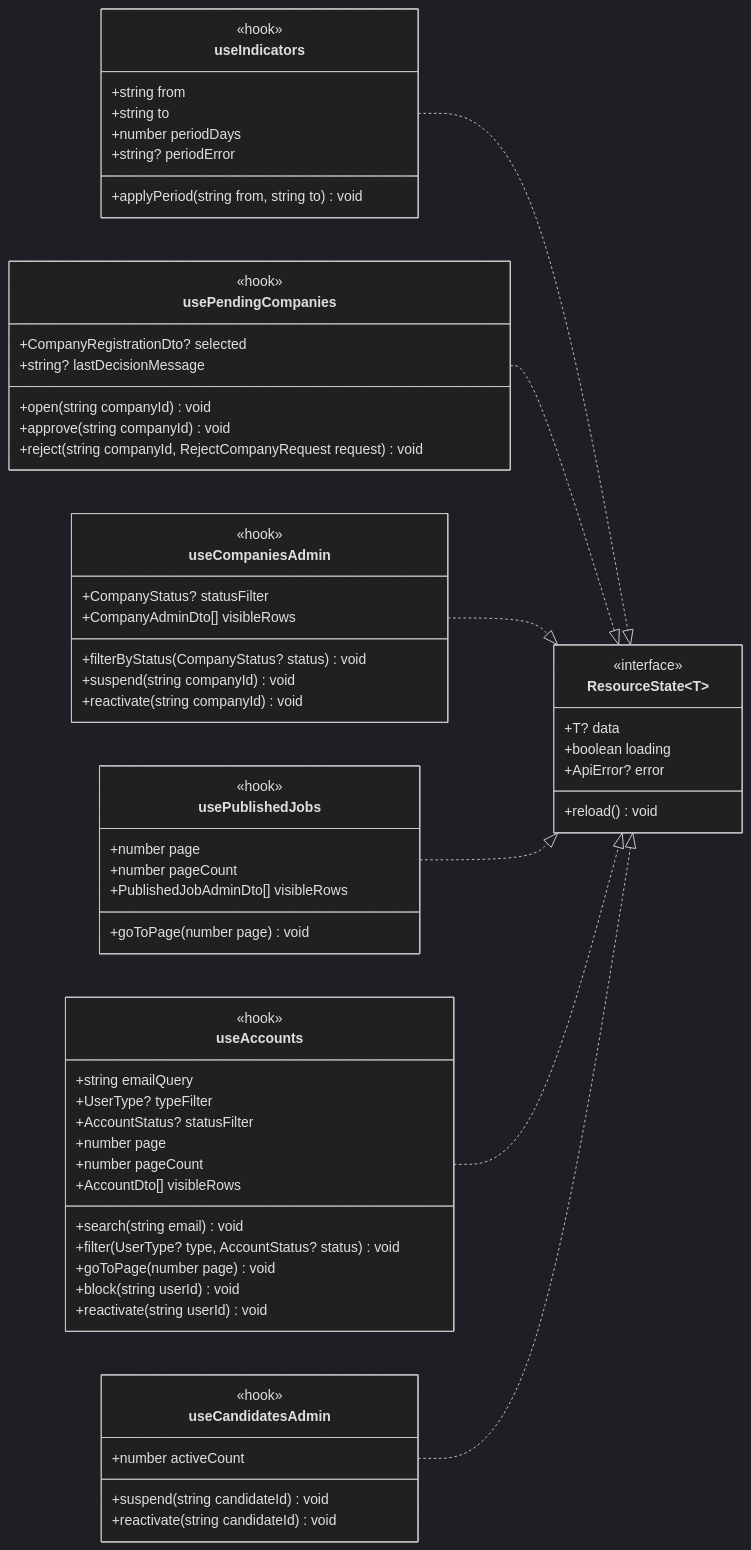
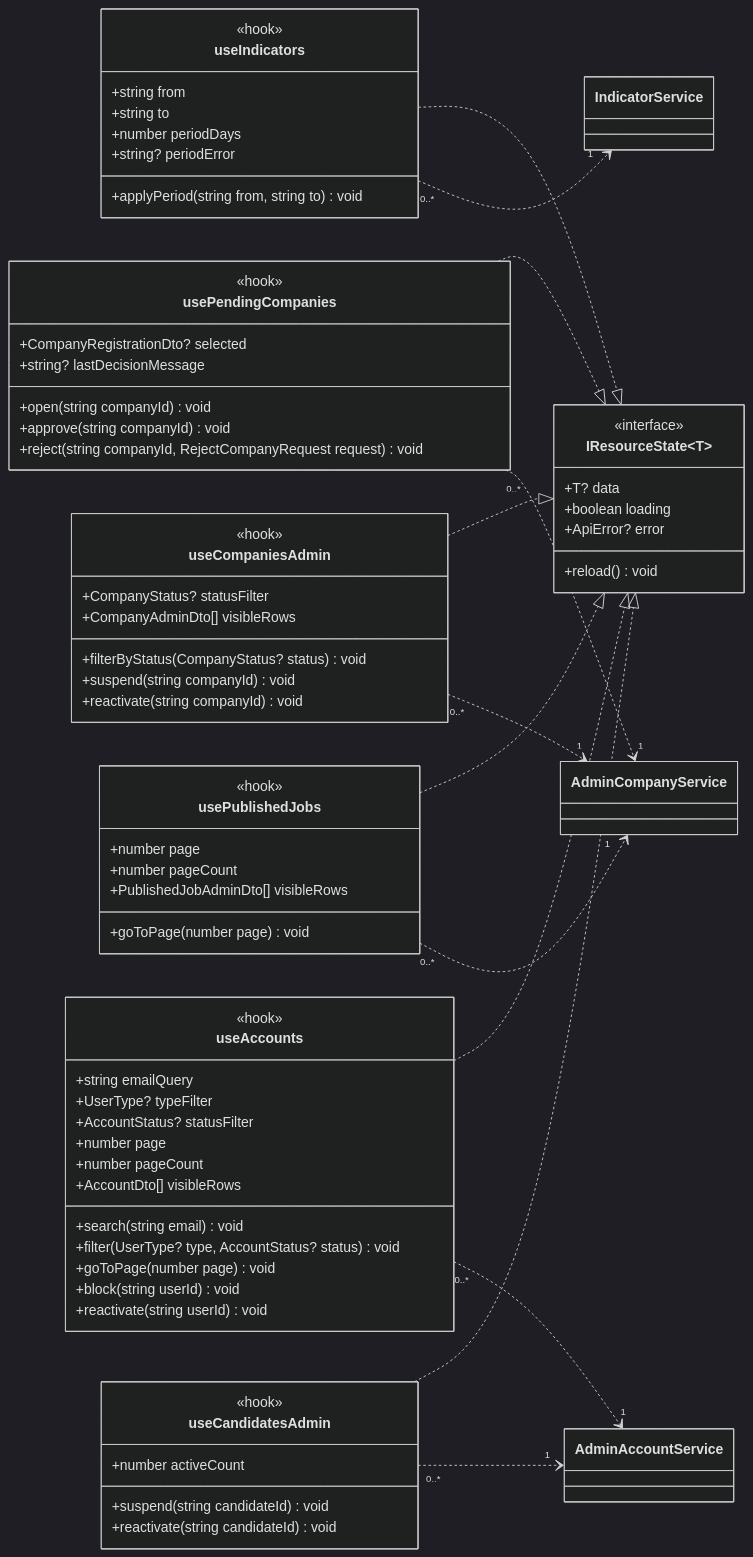
One commit to katch-lds/katch-docs changed diagram 22 of 23 in 04-artefactos-tecnicos/04.07-modelos-de-classes/m2-modelo-classes-frontend-web-v01.md. Above: the diagram before and after it, drawn with Mermaid (dark theme). The commit also changed other lines of this file, not shown here.

````diff
--- a/04-artefactos-tecnicos/04.07-modelos-de-classes/m2-modelo-classes-frontend-web-v01.md
+++ b/04-artefactos-tecnicos/04.07-modelos-de-classes/m2-modelo-classes-frontend-web-v01.md
@@ -1541,68 +1893,77 @@
 ```mermaid
 classDiagram
     direction LR
-    class ResourceState~T~ {
+    class IResourceState~T~ {
         <<interface>>
         +T? data
         +boolean loading
         +ApiError? error
         +reload() void
     }
     class useIndicators {
         <<hook>>
         +string from
         +string to
         +number periodDays
         +string? periodError
         +applyPeriod(string from, string to) void
     }
     class usePendingCompanies {
         <<hook>>
         +CompanyRegistrationDto? selected
         +string? lastDecisionMessage
         +open(string companyId) void
         +approve(string companyId) void
         +reject(string companyId, RejectCompanyRequest request) void
     }
     class useCompaniesAdmin {
         <<hook>>
         +CompanyStatus? statusFilter
         +CompanyAdminDto[] visibleRows
         +filterByStatus(CompanyStatus? status) void
         +suspend(string companyId) void
         +reactivate(string companyId) void
     }
     class usePublishedJobs {
         <<hook>>
         +number page
         +number pageCount
         +PublishedJobAdminDto[] visibleRows
         +goToPage(number page) void
     }
     class useAccounts {
         <<hook>>
         +string emailQuery
         +UserType? typeFilter
         +AccountStatus? statusFilter
         +number page
         +number pageCount
         +AccountDto[] visibleRows
         +search(string email) void
         +filter(UserType? type, AccountStatus? status) void
         +goToPage(number page) void
         +block(string userId) void
         +reactivate(string userId) void
     }
     class useCandidatesAdmin {
         <<hook>>
         +number activeCount
         +suspend(string candidateId) void
         +reactivate(string candidateId) void
     }
-    useIndicators ..|> ResourceState
-    usePendingCompanies ..|> ResourceState
-    useCompaniesAdmin ..|> ResourceState
-    usePublishedJobs ..|> ResourceState
-    useAccounts ..|> ResourceState
-    useCandidatesAdmin ..|> ResourceState
+    useIndicators ..|> IResourceState
+    usePendingCompanies ..|> IResourceState
+    useCompaniesAdmin ..|> IResourceState
+    usePublishedJobs ..|> IResourceState
+    useAccounts ..|> IResourceState
+    useCandidatesAdmin ..|> IResourceState
+    class IndicatorService
+    class AdminCompanyService
+    class AdminAccountService
+    useIndicators "0..*" ..> "1" IndicatorService
+    usePendingCompanies "0..*" ..> "1" AdminCompanyService
+    useCompaniesAdmin "0..*" ..> "1" AdminCompanyService
+    usePublishedJobs "0..*" ..> "1" AdminCompanyService
+    useAccounts "0..*" ..> "1" AdminAccountService
+    useCandidatesAdmin "0..*" ..> "1" AdminAccountService
 ```
````
